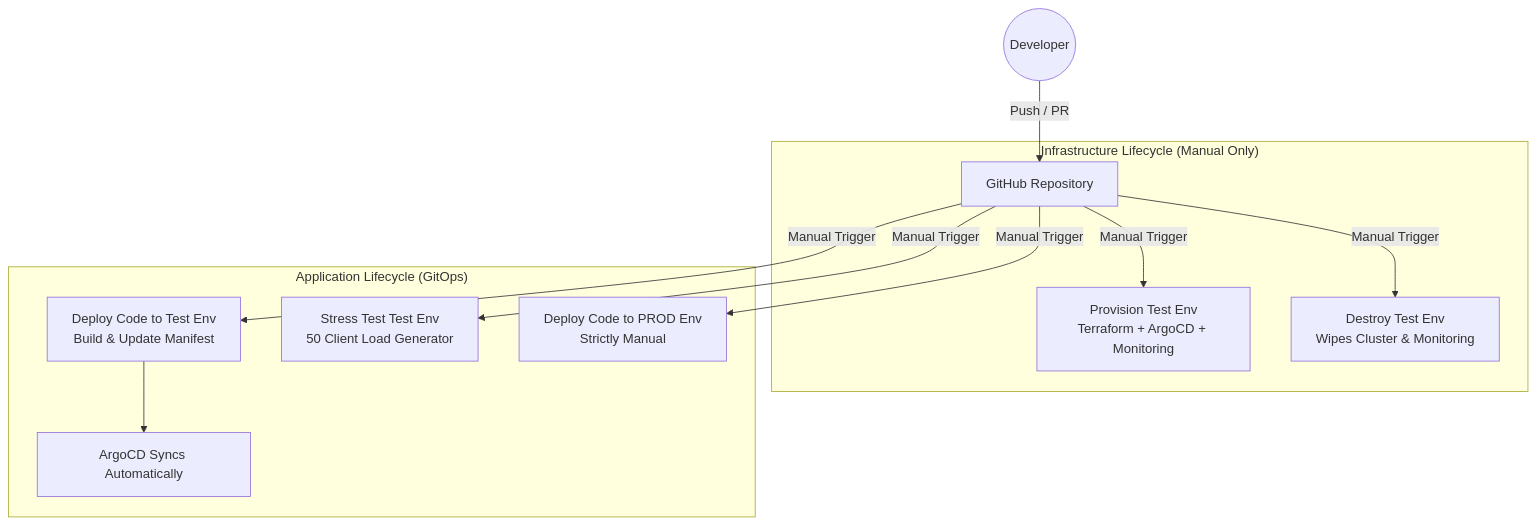
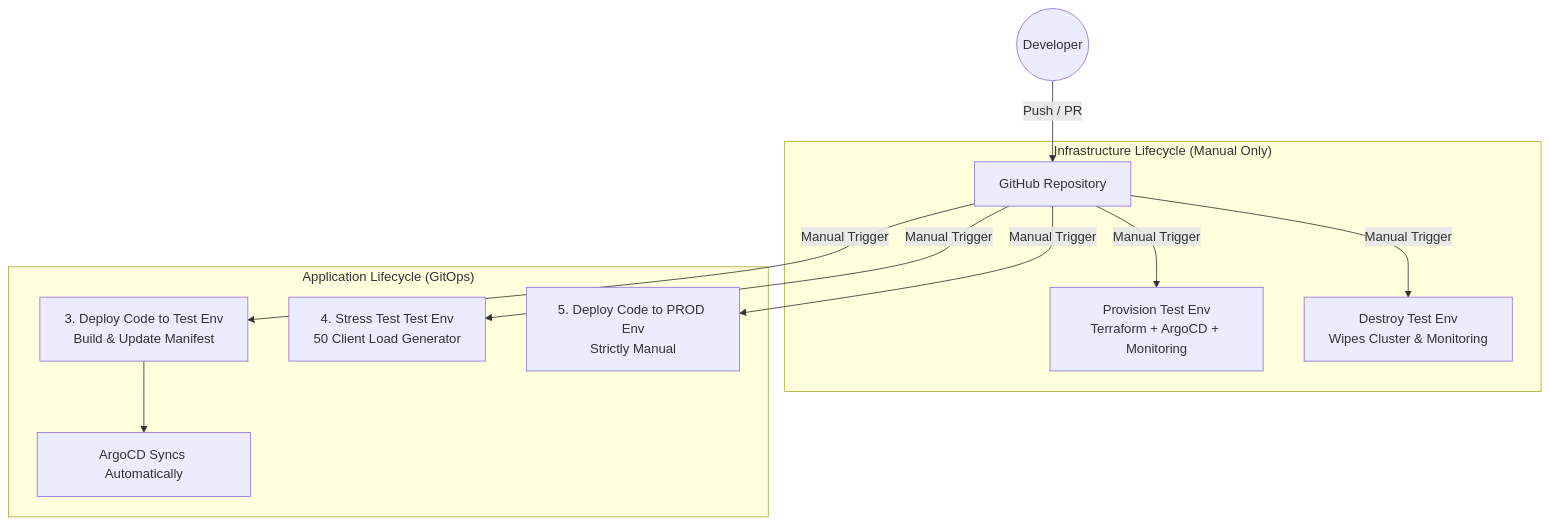
The diagram in README.md (Eran-Meir/IRC), drawn with Mermaid before and after one commit. The commit also changed 2 other files, not shown here.

Commit message:
refactor(ci): reorder workflows so Stress Test is #4 and Release to PROD is #5

````diff
--- a/README.md
+++ b/README.md
@@ -22,16 +22,16 @@
 ```mermaid
 graph TD
     Developer((Developer)) -->|Push / PR| GitHub[GitHub Repository]
     
     subgraph Infra ["Infrastructure Lifecycle (Manual Only)"]
         GitHub -->|Manual Trigger| ProvTest[Provision Test Env<br/>Terraform + ArgoCD + Monitoring]
         GitHub -->|Manual Trigger| DestTest[Destroy Test Env<br/>Wipes Cluster & Monitoring]
     end
 
     subgraph App ["Application Lifecycle (GitOps)"]
-        GitHub -->|Manual Trigger| DepTest[Deploy Code to Test Env<br/>Build & Update Manifest]
+        GitHub -->|Manual Trigger| DepTest[3. Deploy Code to Test Env<br/>Build & Update Manifest]
         DepTest --> ArgoCD[ArgoCD Syncs Automatically]
-        GitHub -->|Manual Trigger| StressTest[Stress Test Test Env<br/>50 Client Load Generator]
-        GitHub -->|Manual Trigger| DepProd[Deploy Code to PROD Env<br/>Strictly Manual]
+        GitHub -->|Manual Trigger| StressTest[4. Stress Test Test Env<br/>50 Client Load Generator]
+        GitHub -->|Manual Trigger| DepProd[5. Deploy Code to PROD Env<br/>Strictly Manual]
     end
 ```
````
